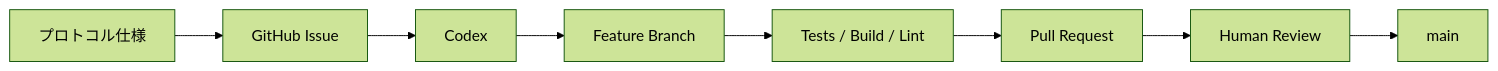
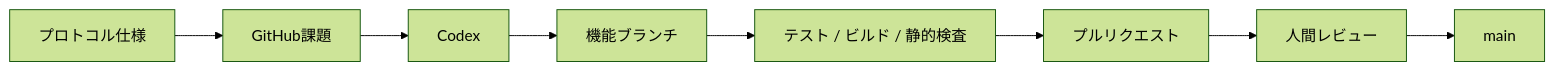
One commit to ShigeichiroYamasaki/creator-first-platform changed the third of 5 diagrams in docs/protocol/index.md. Above: the diagram before and after it, drawn with Mermaid (forest theme). The commit also changed other lines of this file and 72 other files, not shown here.

````diff
--- a/docs/protocol/index.md
+++ b/docs/protocol/index.md
@@ -431,13 +431,13 @@
 ```mermaid
 flowchart LR
     SPEC[プロトコル仕様]
-    ISSUE[GitHub Issue]
+    ISSUE[GitHub課題]
     CODEX[Codex]
-    BRANCH[Feature Branch]
-    TEST[Tests / Build / Lint]
-    PR[Pull Request]
-    REVIEW[Human Review]
+    BRANCH[機能ブランチ]
+    TEST[テスト / ビルド / 静的検査]
+    PR[プルリクエスト]
+    REVIEW[人間レビュー]
     MAIN[main]
 
     SPEC --> ISSUE --> CODEX --> BRANCH --> TEST --> PR --> REVIEW --> MAIN
 ```
````
